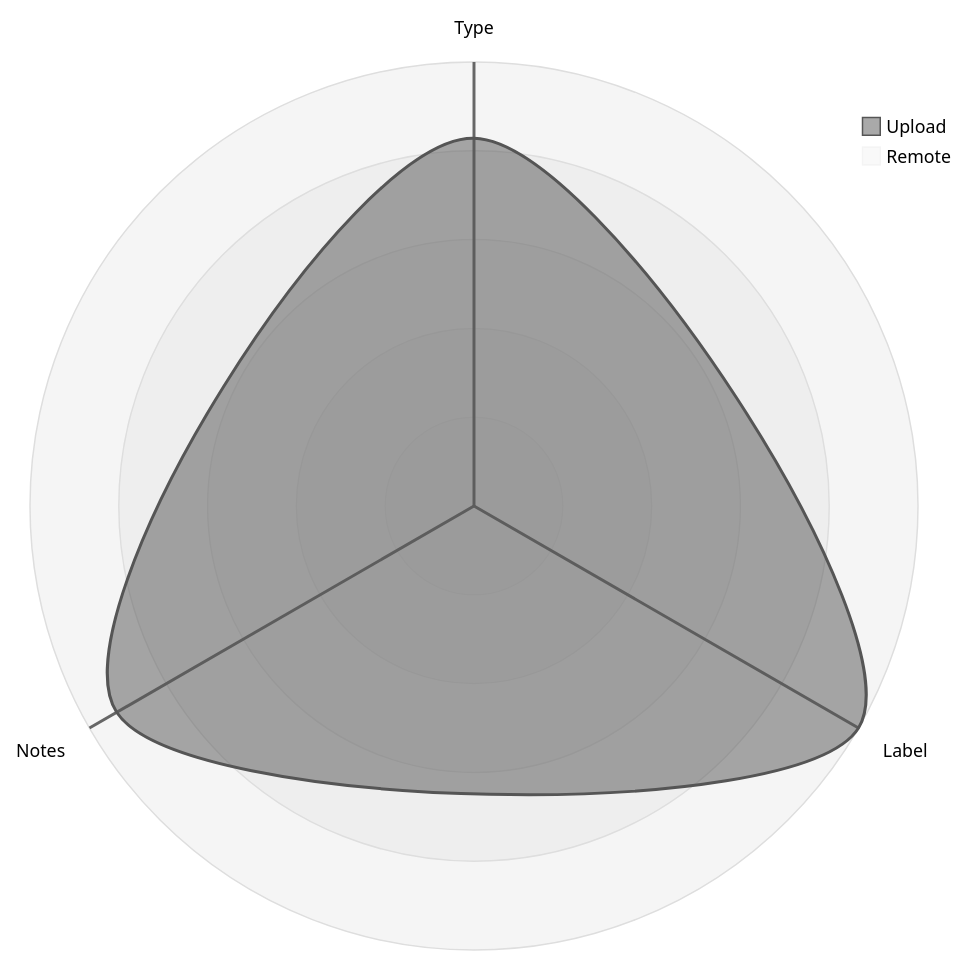
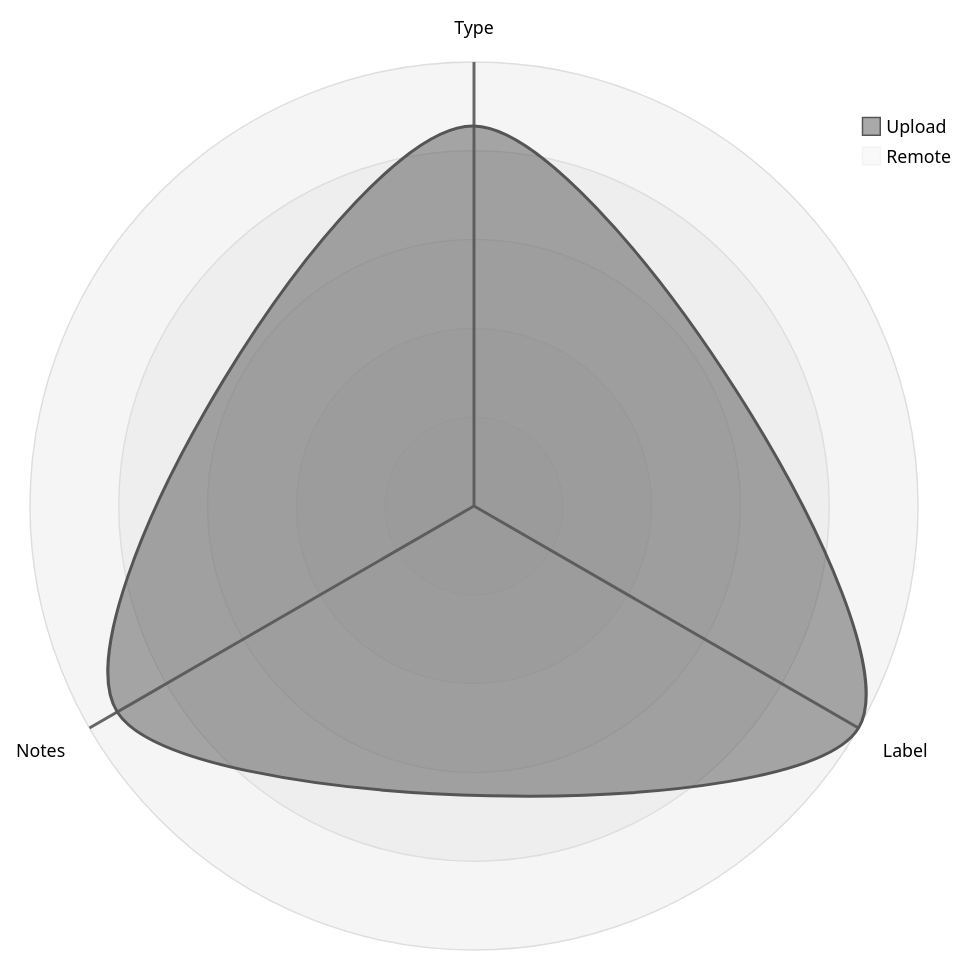
One commit to open-data/analytics-corporate-reporting changed the third of 5 diagrams in datastore_tracker/README.md. Above: the diagram before and after it, drawn with Mermaid (neutral theme). The commit also changed 7 other files, not shown here.

````diff
--- a/datastore_tracker/README.md
+++ b/datastore_tracker/README.md
@@ -106,12 +106,12 @@
 ```mermaid
 radar-beta
   axis T["Type"], L["Label"], N["Notes"]
-  curve u["Upload"]{0.00082, 0.00099, 0.00092}
+  curve u["Upload"]{0.00083, 0.00097, 0.0009}
   curve r["Remote"]{0, 0, 0}
 
   showLegend true
 
   min 0
   graticule circle
   ticks 5
 ```
````
